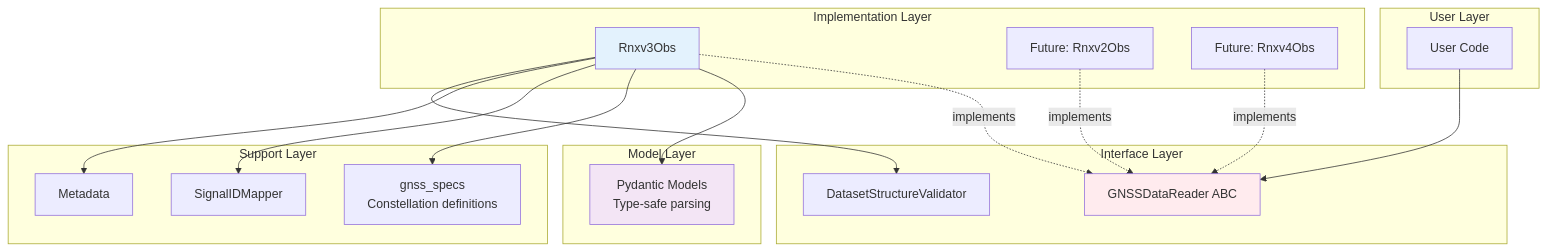
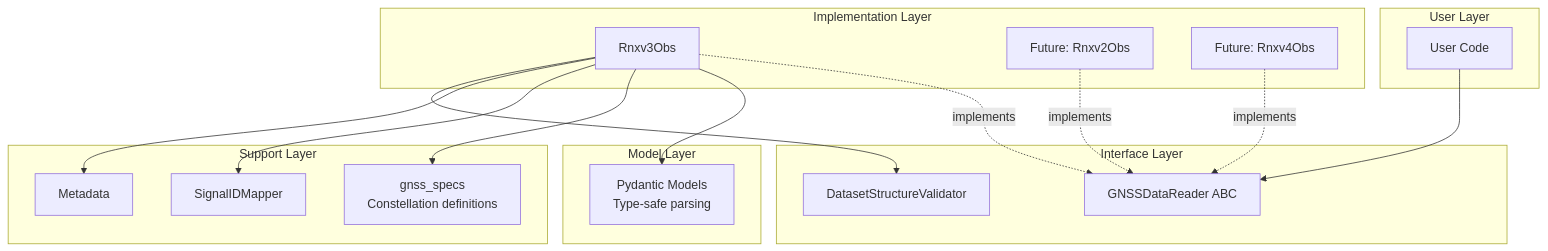
One commit to mfkiwl/canvodpy changed the first of 2 diagrams in docs/packages/readers/architecture.md. Above: the diagram before and after it, drawn with Mermaid. The commit also changed 4 other files, not shown here.

Commit message:
style(docs): Remove inline mermaid colors in favor of beautiful-mermaid theming

````diff
--- a/docs/packages/readers/architecture.md
+++ b/docs/packages/readers/architecture.md
@@ -101,42 +101,39 @@
 ```mermaid
 graph TB
     subgraph "User Layer"
         A[User Code]
     end
 
     subgraph "Interface Layer"
         B[GNSSDataReader ABC]
         C[DatasetStructureValidator]
     end
 
     subgraph "Implementation Layer"
         D[Rnxv3Obs]
         E[Future: Rnxv2Obs]
         F[Future: Rnxv4Obs]
     end
 
     subgraph "Support Layer"
         G[gnss_specs<br/>Constellation definitions]
         H[SignalIDMapper]
         I[Metadata]
     end
 
     subgraph "Model Layer"
         J[Pydantic Models<br/>Type-safe parsing]
     end
 
     A --> B
     D -.implements.-> B
     E -.implements.-> B
     F -.implements.-> B
 
     D --> J
     D --> G
     D --> H
     D --> I
     D --> C
 
-    style B fill:#ffebee
-    style D fill:#e3f2fd
-    style J fill:#f3e5f5
 ```
````
